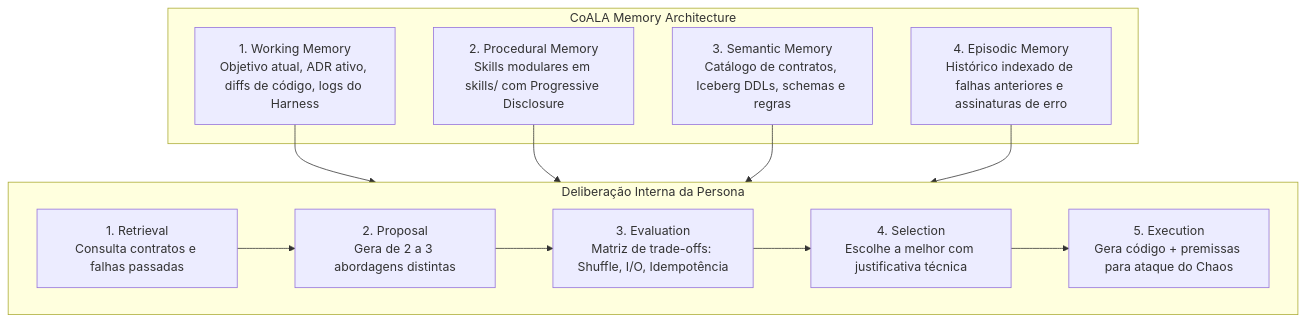
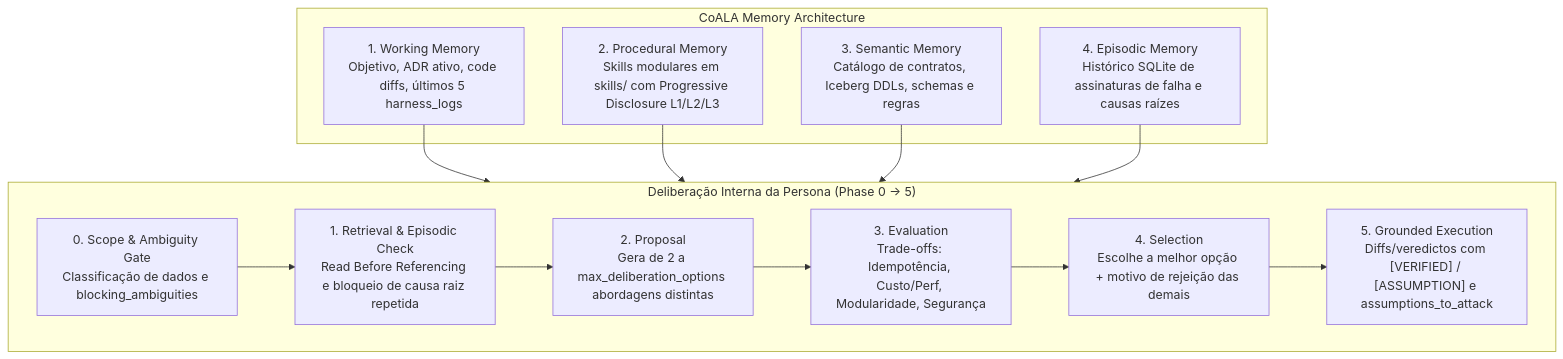
One commit to Helfstein-one/cortex-squad-ai changed the first of 2 diagrams in README.md. Above: the diagram before and after it, drawn with Mermaid. The commit also changed other lines of this file and 1 other file, not shown here.

Commit message:
docs(skills): enrich README and CORTEX_SQUAD_SKILLS with cognitive layer, inspirations, and evolution history

````diff
--- a/README.md
+++ b/README.md
@@ -90,21 +99,22 @@
 ```mermaid
 flowchart TD
     subgraph CoALA Memory Architecture
-        WM[1. Working Memory\nObjetivo atual, ADR ativo, diffs de código, logs do Harness]
-        PM[2. Procedural Memory\nSkills modulares em skills/ com Progressive Disclosure]
-        SM[3. Semantic Memory\nCatálogo de contratos, Iceberg DDLs, schemas e regras]
-        EM[4. Episodic Memory\nHistórico indexado de falhas anteriores e assinaturas de erro]
+        WM["1. Working Memory\nObjetivo, ADR ativo, code diffs, últimos 5 harness_logs"]
+        PM["2. Procedural Memory\nSkills modulares em skills/ com Progressive Disclosure L1/L2/L3"]
+        SM["3. Semantic Memory\nCatálogo de contratos, Iceberg DDLs, schemas e regras"]
+        EM["4. Episodic Memory\nHistórico SQLite de assinaturas de falha e causas raízes"]
     end
 
     WM --> CLP[Ciclo de Deliberação CoALA]
     PM --> CLP
     SM --> CLP
     EM --> CLP
 
-    subgraph CLP[Deliberação Interna da Persona]
-        P1[1. Retrieval\nConsulta contratos e falhas passadas] --> P2[2. Proposal\nGera de 2 a 3 abordagens distintas]
-        P2 --> P3[3. Evaluation\nMatriz de trade-offs: Shuffle, I/O, Idempotência]
-        P3 --> P4[4. Selection\nEscolhe a melhor com justificativa técnica]
-        P4 --> P5[5. Execution\nGera código + premissas para ataque do Chaos]
+    subgraph CLP["Deliberação Interna da Persona (Phase 0 -> 5)"]
+        P0["0. Scope & Ambiguity Gate\nClassificação de dados e blocking_ambiguities"] --> P1["1. Retrieval & Episodic Check\nRead Before Referencing e bloqueio de causa raiz repetida"]
+        P1 --> P2["2. Proposal\nGera de 2 a max_deliberation_options abordagens distintas"]
+        P2 --> P3["3. Evaluation\nTrade-offs: Idempotência, Custo/Perf, Modularidade, Segurança"]
+        P3 --> P4["4. Selection\nEscolhe a melhor opção + motivo de rejeição das demais"]
+        P4 --> P5["5. Grounded Execution\nDiffs/veredictos com [VERIFIED] / [ASSUMPTION] e assumptions_to_attack"]
     end
 ```
````
